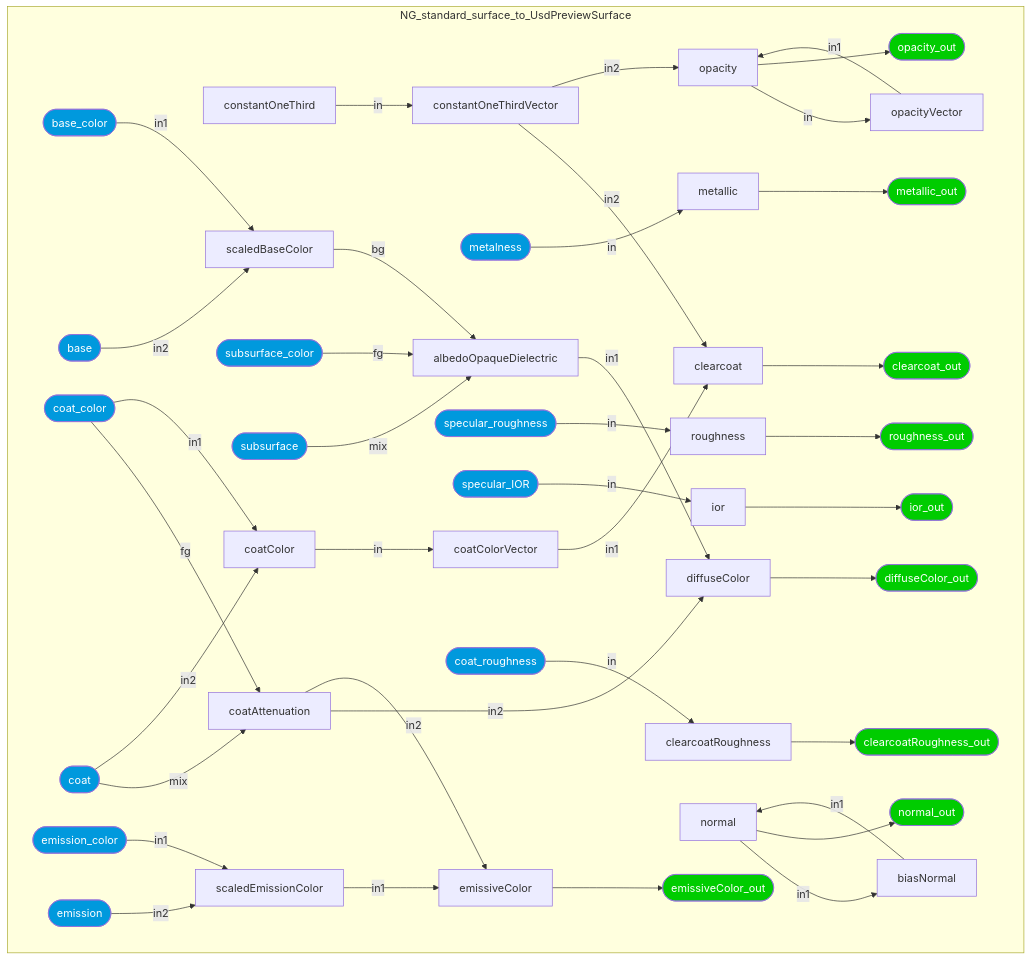
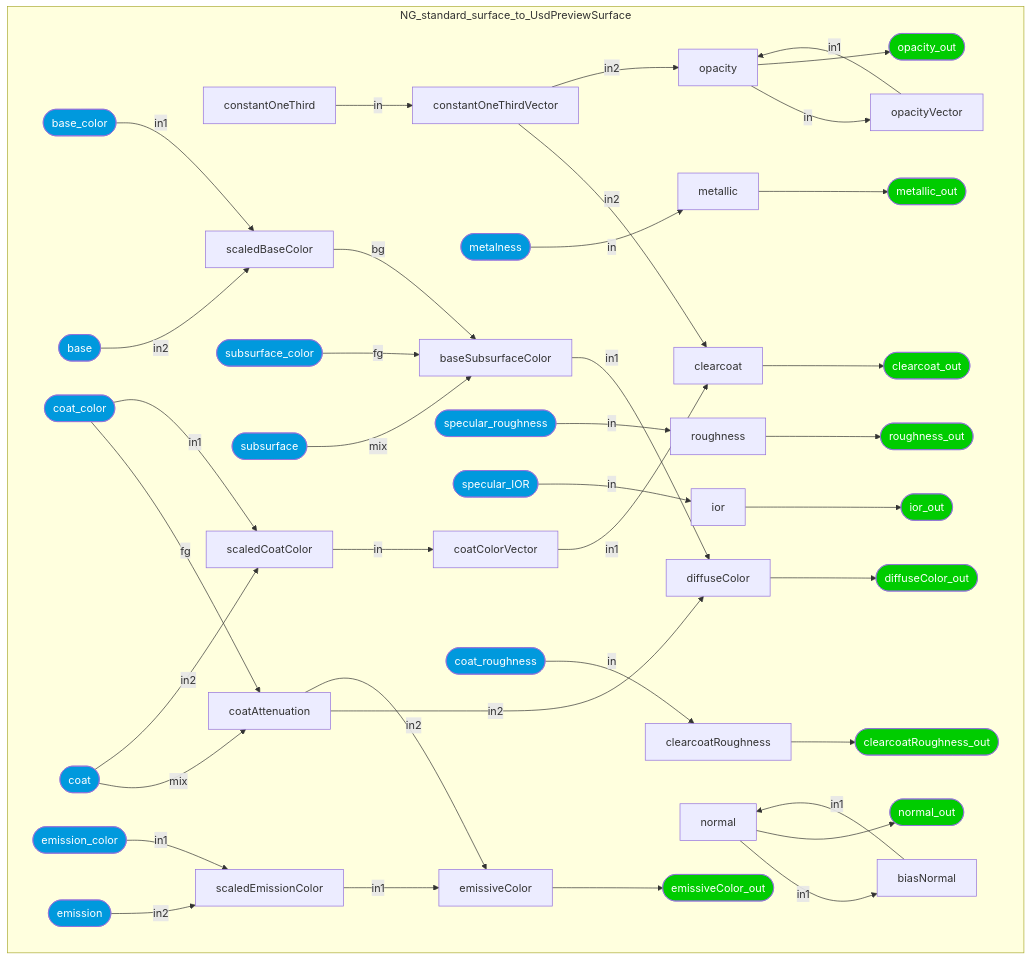
Diagram 45 of 45 in documents/definitions/bxdf_doc.md (kwokcb/MaterialX_Learn), drawn with Mermaid before and after one commit. The commit also changed other lines of this file and 7075 other files, not shown here.

```diff
--- a/documents/definitions/bxdf_doc.md
+++ b/documents/definitions/bxdf_doc.md
@@ -4687,12 +4820,12 @@
     NG_standard_surface_to_UsdPreviewSurface_constantOneThirdVector[constantOneThirdVector]
     NG_standard_surface_to_UsdPreviewSurface_metallic[metallic]
     NG_standard_surface_to_UsdPreviewSurface_scaledBaseColor[scaledBaseColor]
-    NG_standard_surface_to_UsdPreviewSurface_albedoOpaqueDielectric[albedoOpaqueDielectric]
+    NG_standard_surface_to_UsdPreviewSurface_baseSubsurfaceColor[baseSubsurfaceColor]
     NG_standard_surface_to_UsdPreviewSurface_coatAttenuation[coatAttenuation]
     NG_standard_surface_to_UsdPreviewSurface_diffuseColor[diffuseColor]
     NG_standard_surface_to_UsdPreviewSurface_roughness[roughness]
     NG_standard_surface_to_UsdPreviewSurface_ior[ior]
-    NG_standard_surface_to_UsdPreviewSurface_coatColor[coatColor]
+    NG_standard_surface_to_UsdPreviewSurface_scaledCoatColor[scaledCoatColor]
     NG_standard_surface_to_UsdPreviewSurface_coatColorVector[coatColorVector]
     NG_standard_surface_to_UsdPreviewSurface_clearcoat[clearcoat]
     NG_standard_surface_to_UsdPreviewSurface_clearcoatRoughness[clearcoatRoughness]
@@ -4749,18 +4882,18 @@
     NG_standard_surface_to_UsdPreviewSurface_metalness --"in"--> NG_standard_surface_to_UsdPreviewSurface_metallic
     NG_standard_surface_to_UsdPreviewSurface_base_color --"in1"--> NG_standard_surface_to_UsdPreviewSurface_scaledBaseColor
     NG_standard_surface_to_UsdPreviewSurface_base --"in2"--> NG_standard_surface_to_UsdPreviewSurface_scaledBaseColor
-    NG_standard_surface_to_UsdPreviewSurface_subsurface_color --"fg"--> NG_standard_surface_to_UsdPreviewSurface_albedoOpaqueDielectric
-    NG_standard_surface_to_UsdPreviewSurface_scaledBaseColor --"bg"--> NG_standard_surface_to_UsdPreviewSurface_albedoOpaqueDielectric
-    NG_standard_surface_to_UsdPreviewSurface_subsurface --"mix"--> NG_standard_surface_to_UsdPreviewSurface_albedoOpaqueDielectric
+    NG_standard_surface_to_UsdPreviewSurface_subsurface_color --"fg"--> NG_standard_surface_to_UsdPreviewSurface_baseSubsurfaceColor
+    NG_standard_surface_to_UsdPreviewSurface_scaledBaseColor --"bg"--> NG_standard_surface_to_UsdPreviewSurface_baseSubsurfaceColor
+    NG_standard_surface_to_UsdPreviewSurface_subsurface --"mix"--> NG_standard_surface_to_UsdPreviewSurface_baseSubsurfaceColor
     NG_standard_surface_to_UsdPreviewSurface_coat_color --"fg"--> NG_standard_surface_to_UsdPreviewSurface_coatAttenuation
     NG_standard_surface_to_UsdPreviewSurface_coat --"mix"--> NG_standard_surface_to_UsdPreviewSurface_coatAttenuation
-    NG_standard_surface_to_UsdPreviewSurface_albedoOpaqueDielectric --"in1"--> NG_standard_surface_to_UsdPreviewSurface_diffuseColor
+    NG_standard_surface_to_UsdPreviewSurface_baseSubsurfaceColor --"in1"--> NG_standard_surface_to_UsdPreviewSurface_diffuseColor
     NG_standard_surface_to_UsdPreviewSurface_coatAttenuation --"in2"--> NG_standard_surface_to_UsdPreviewSurface_diffuseColor
     NG_standard_surface_to_UsdPreviewSurface_specular_roughness --"in"--> NG_standard_surface_to_UsdPreviewSurface_roughness
     NG_standard_surface_to_UsdPreviewSurface_specular_IOR --"in"--> NG_standard_surface_to_UsdPreviewSurface_ior
-    NG_standard_surface_to_UsdPreviewSurface_coat_color --"in1"--> NG_standard_surface_to_UsdPreviewSurface_coatColor
-    NG_standard_surface_to_UsdPreviewSurface_coat --"in2"--> NG_standard_surface_to_UsdPreviewSurface_coatColor
-    NG_standard_surface_to_UsdPreviewSurface_coatColor --"in"--> NG_standard_surface_to_UsdPreviewSurface_coatColorVector
+    NG_standard_surface_to_UsdPreviewSurface_coat_color --"in1"--> NG_standard_surface_to_UsdPreviewSurface_scaledCoatColor
+    NG_standard_surface_to_UsdPreviewSurface_coat --"in2"--> NG_standard_surface_to_UsdPreviewSurface_scaledCoatColor
+    NG_standard_surface_to_UsdPreviewSurface_scaledCoatColor --"in"--> NG_standard_surface_to_UsdPreviewSurface_coatColorVector
     NG_standard_surface_to_UsdPreviewSurface_coatColorVector --"in1"--> NG_standard_surface_to_UsdPreviewSurface_clearcoat
     NG_standard_surface_to_UsdPreviewSurface_constantOneThirdVector --"in2"--> NG_standard_surface_to_UsdPreviewSurface_clearcoat
     NG_standard_surface_to_UsdPreviewSurface_coat_roughness --"in"--> NG_standard_surface_to_UsdPreviewSurface_clearcoatRoughness
```
